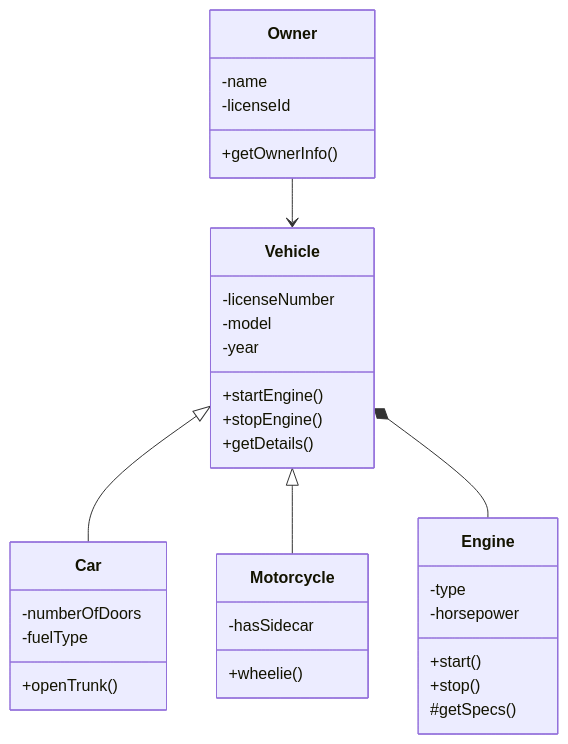
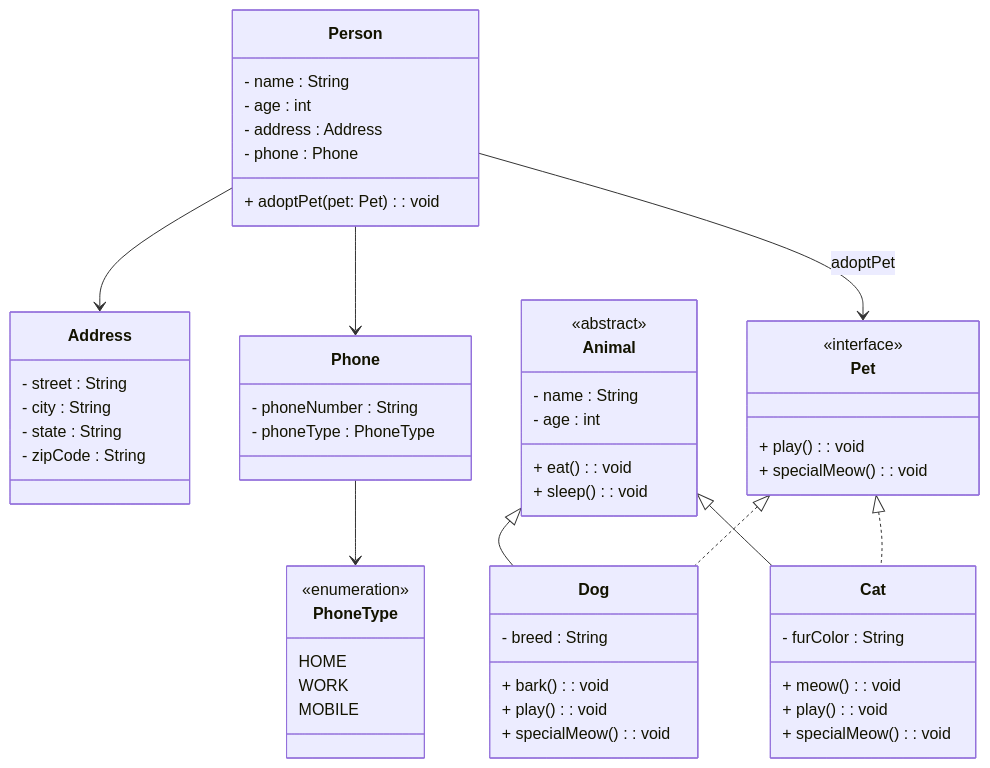
The second of 26 diagrams in LLD/01-fundamentals/03-uml-basics.md (krishjha1121/Prep), drawn with Mermaid before and after one commit. The commit also changed other lines of this file, not shown here.

Commit message:
add sequence diagram

````diff
--- a/LLD/01-fundamentals/03-uml-basics.md
+++ b/LLD/01-fundamentals/03-uml-basics.md
@@ -46,42 +58,70 @@
 ```mermaid
 %%{init: {'theme': 'default'}}%%
 classDiagram
-    class Vehicle {
-        -licenseNumber
-        -model
-        -year
-        +startEngine()
-        +stopEngine()
-        +getDetails()
+    class Person {
+        - name : String
+        - age : int
+        - address : Address
+        - phone : Phone
+        + adoptPet(pet: Pet) : void
     }
 
-    class Car {
-        -numberOfDoors
-        -fuelType
-        +openTrunk()
+    class Address {
+        - street : String
+        - city : String
+        - state : String
+        - zipCode : String
     }
 
-    class Motorcycle {
-        -hasSidecar
-        +wheelie()
+    class Phone {
+        - phoneNumber : String
+        - phoneType : PhoneType
     }
 
-    class Engine {
-        -type
-        -horsepower
-        +start()
-        +stop()
-        #getSpecs()
+    class PhoneType {
+        <<enumeration>>
+        HOME
+        WORK
+        MOBILE
     }
 
-    class Owner {
-        -name
-        -licenseId
-        +getOwnerInfo()
+    class Pet {
+        <<interface>>
+        + play() : void
+        + specialMeow() : void
     }
 
-    Vehicle <|-- Car
-    Vehicle <|-- Motorcycle
-    Vehicle *-- Engine
-    Owner --> Vehicle
+    class Animal {
+        <<abstract>>
+        - name : String
+        - age : int
+        + eat() : void
+        + sleep() : void
+    }
+
+    class Dog {
+        - breed : String
+        + bark() : void
+        + play() : void
+        + specialMeow() : void
+    }
+
+    class Cat {
+        - furColor : String
+        + meow() : void
+        + play() : void
+        + specialMeow() : void
+    }
+
+    %% Relationships
+    Person --> Address
+    Person --> Phone
+    Phone --> PhoneType
+
+    Person --> Pet : adoptPet
+
+    Animal <|-- Dog
+    Animal <|-- Cat
+    Pet <|.. Dog
+    Pet <|.. Cat
 ```
````
